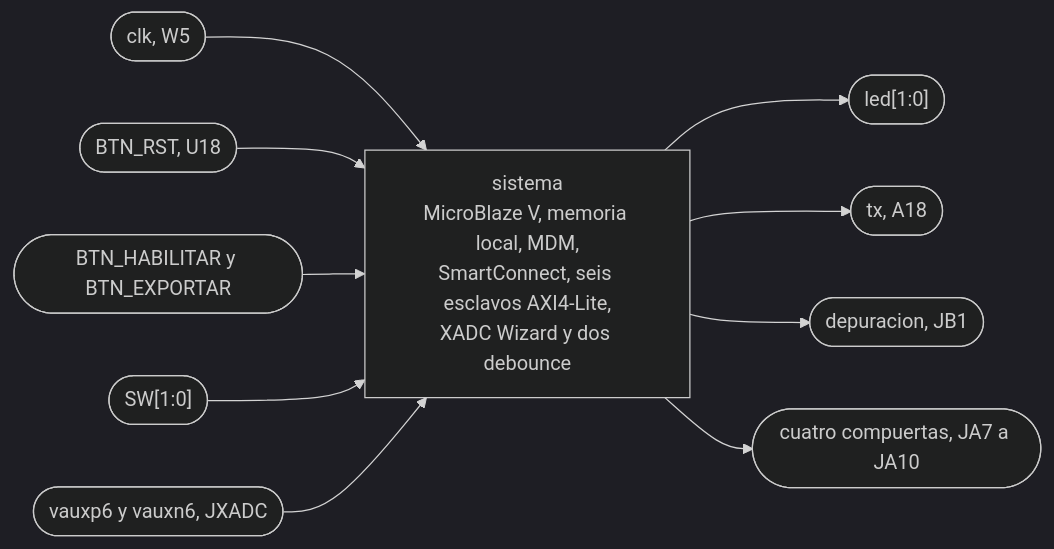
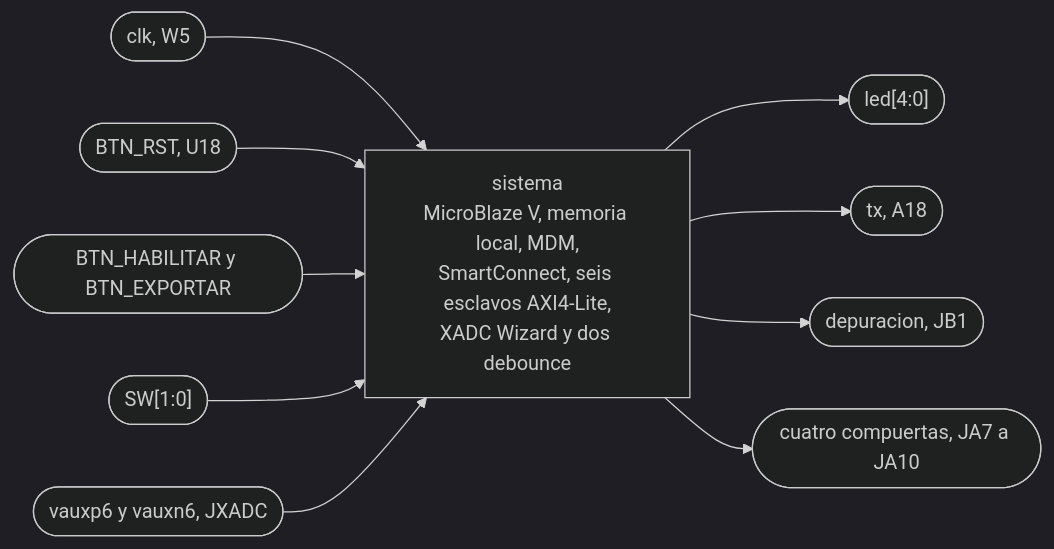
The sixth of 35 diagrams in docs/diseño.md (Taller-de-diseno-digital-GR01/Proyecto-4-Regulador-PR), drawn with Mermaid (dark theme) before and after one commit. The commit also changed other lines of this file and 2 other files, not shown here.

Commit message:
block_design.md y su copia en diseño.md con led[4:0], LD2 a LD4 para la causa de falla y el error de arranque, y evidencia de adquisición sin muestras perdidas en el informe de Taller

````diff
--- a/docs/diseño.md
+++ b/docs/diseño.md
@@ -717,13 +717,13 @@
 ```mermaid
 flowchart LR
     CLK(["clk, W5"]) --> BD
     RST(["BTN_RST, U18"]) --> BD
     BTN(["BTN_HABILITAR y BTN_EXPORTAR"]) --> BD
     SW(["SW[1:0]"]) --> BD
     ANA(["vauxp6 y vauxn6, JXADC"]) --> BD
     BD["sistema<br/>MicroBlaze V, memoria local, MDM,<br/>SmartConnect, seis esclavos AXI4-Lite,<br/>XADC Wizard y dos debounce"]
-    BD --> LED(["led[1:0]"])
+    BD --> LED(["led[4:0]"])
     BD --> TX(["tx, A18"])
     BD --> DEP(["depuracion, JB1"])
     BD --> GATE(["cuatro compuertas, JA7 a JA10"])
 ```
````
